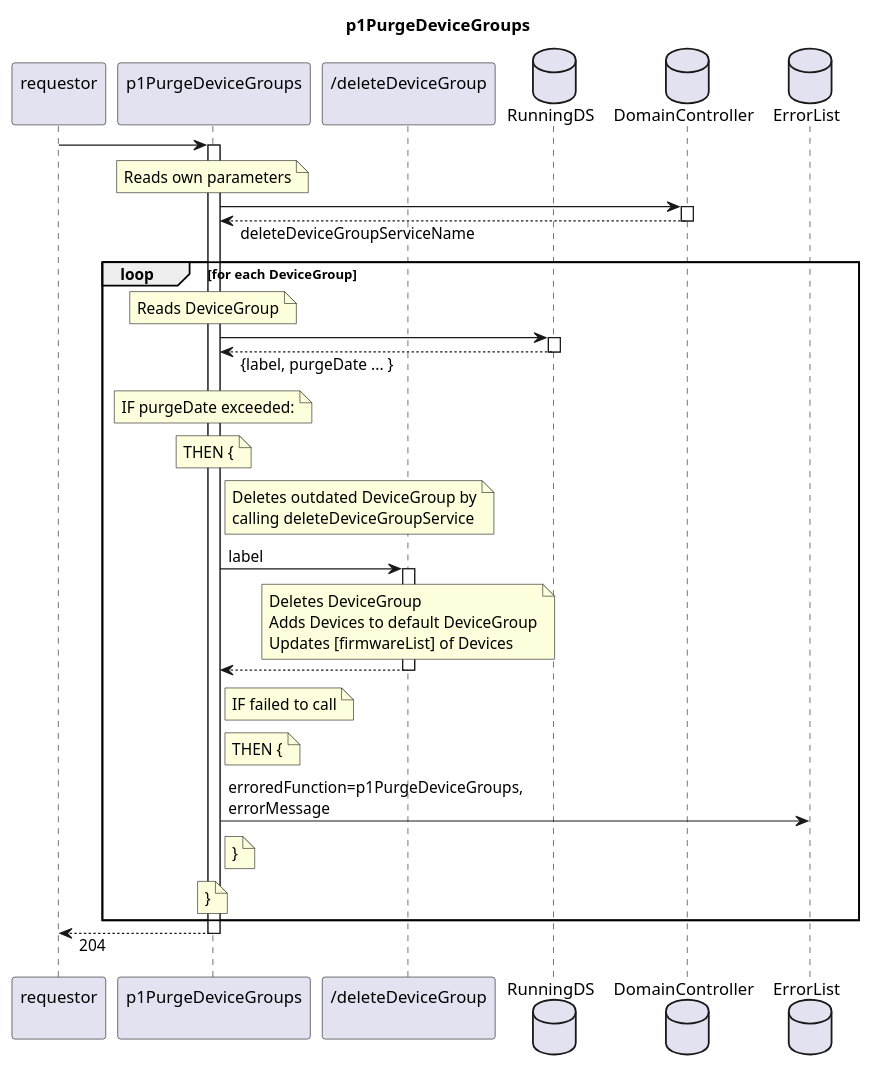
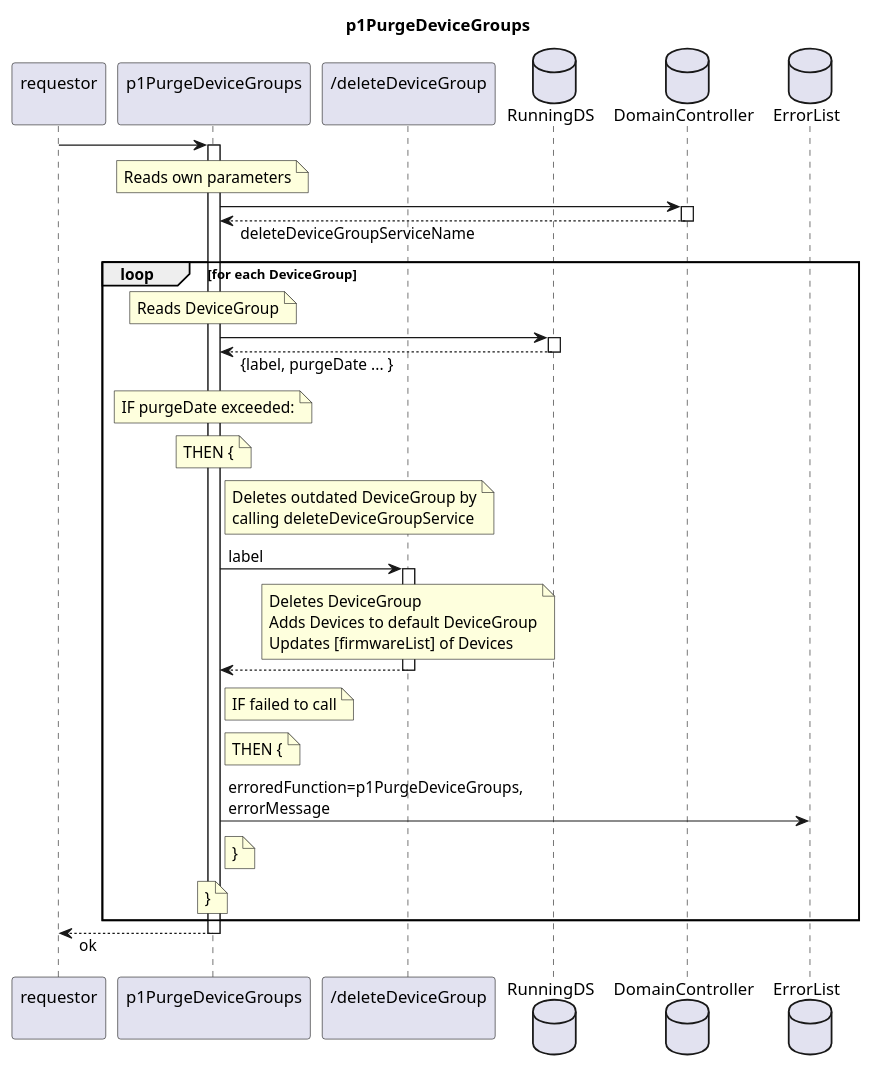
Before and after one commit to openBackhaul/FirmWareManager: the diagram in spec/Functions/Interpretation/p1PurgeDeviceGroups/1.0.0/p1PurgeDeviceGroups.plantuml, drawn with PlantUML. The commit also changed 44 other files, not shown here.

```diff
--- a/spec/Functions/Interpretation/p1PurgeDeviceGroups/1.0.0/p1PurgeDeviceGroups.plantuml
+++ b/spec/Functions/Interpretation/p1PurgeDeviceGroups/1.0.0/p1PurgeDeviceGroups.plantuml
@@ -1,76 +1,76 @@
 @startuml p1PurgeDeviceGroups
 skinparam responseMessageBelowArrow true
 
 title
   p1PurgeDeviceGroups
 end title
 
 participant "requestor\n" as requestor
 participant "p1PurgeDeviceGroups\n" as indServ
 participant "/deleteDeviceGroup\n" as delGroup
 
 database "RunningDS" as RunDS
 database "DomainController" as DC
 database "ErrorList" as hEL
 
 requestor -> indServ
 activate indServ
 
   note over indServ
     Reads own parameters
   end note
   indServ -> DC
   activate DC
   indServ <-- DC: deleteDeviceGroupServiceName
   deactivate DC
 
   loop for each DeviceGroup
     note over indServ
       Reads DeviceGroup
     end note
     indServ -> RunDS
     activate RunDS
     indServ <-- RunDS: {label, purgeDate ... }
     deactivate RunDS
 
     note over indServ
       IF purgeDate exceeded:
     end note
     note over indServ
       THEN {
     end note
 
   note right indServ
     Deletes outdated DeviceGroup by
     calling deleteDeviceGroupService
   end note
     indServ -> delGroup: label
     activate delGroup
       note over delGroup
         Deletes DeviceGroup
         Adds Devices to default DeviceGroup
         Updates [firmwareList] of Devices
       end note
     indServ <-- delGroup
     deactivate delGroup
 
     note right indServ
       IF failed to call
     end note
     note right indServ
       THEN {
     end note
     indServ -> hEL: erroredFunction=p1PurgeDeviceGroups,\nerrorMessage
     note right indServ
       }
     end note
 
     note over indServ
       }
     end note
   end loop
 
-requestor <-- indServ: 204
+requestor <-- indServ: ok
 deactivate indServ
 
 @enduml
```
